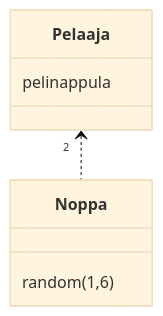
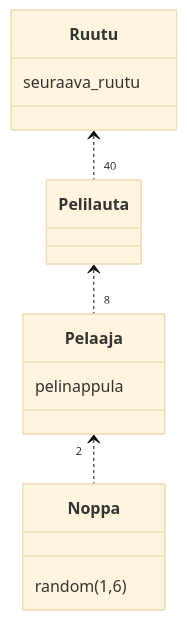
Before and after one commit to VehvilainenPooki/OTProjekti: the diagram in laskarit/viikko3/UML.md, drawn with Mermaid (base theme).

````diff
--- a/laskarit/viikko3/UML.md
+++ b/laskarit/viikko3/UML.md
@@ -4,10 +4,18 @@
 ```mermaid
  classDiagram
       Pelaaja "2" <.. Noppa
+      Pelilauta <.. "8" Pelaaja
+      Ruutu <.. "40" Pelilauta
+      
+      class Ruutu{
+          seuraava_ruutu
+      }
+      class Pelilauta{
+      }
       class Pelaaja{
           pelinappula
       }
       class Noppa{
           random(1,6)
       }
 ```
````
